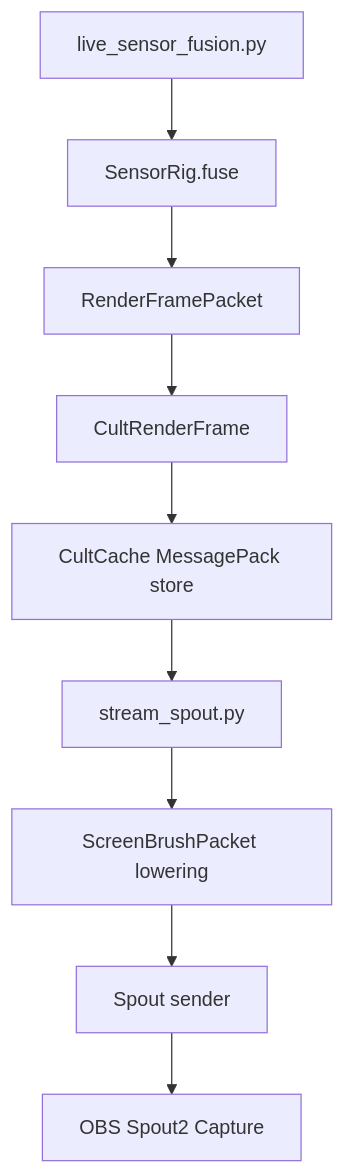
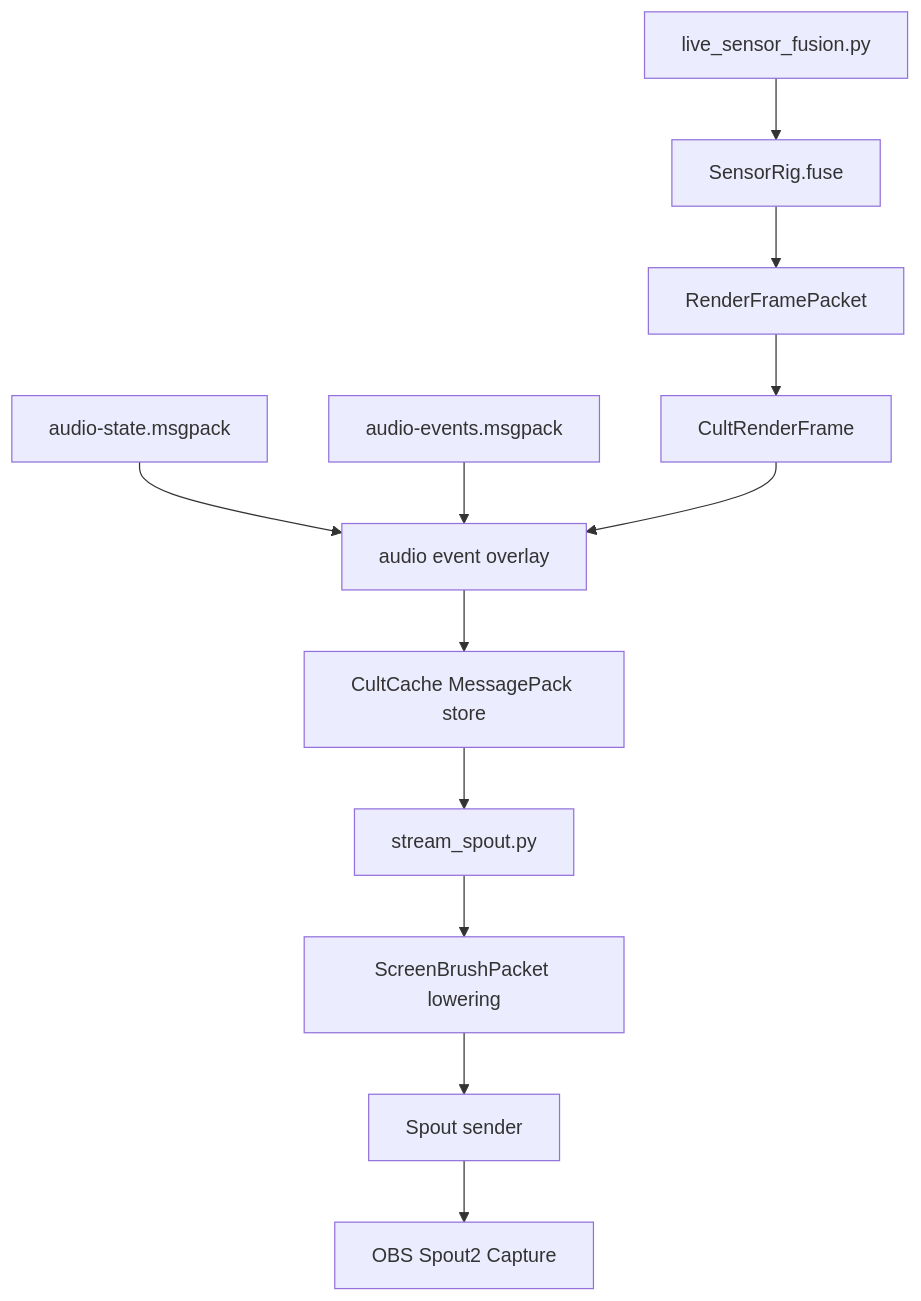
The diagram in docs/typed-visual-state.md (GameCult/Mimir), drawn with Mermaid before and after one commit. The commit also changed other lines of this file and 7 other files, not shown here.

````diff
--- a/docs/typed-visual-state.md
+++ b/docs/typed-visual-state.md
@@ -11,11 +11,14 @@
 ```mermaid
 flowchart TD
     A["live_sensor_fusion.py"] --> B["SensorRig.fuse"]
     B --> C["RenderFramePacket"]
     C --> D["CultRenderFrame"]
-    D --> E["CultCache MessagePack store"]
+    X["audio-state.msgpack"] --> Y["audio event overlay"]
+    Z["audio-events.msgpack"] --> Y
+    D --> Y
+    Y --> E["CultCache MessagePack store"]
     E --> F["stream_spout.py"]
     F --> G["ScreenBrushPacket lowering"]
     G --> H["Spout sender"]
     H --> I["OBS Spout2 Capture"]
 ```
````
